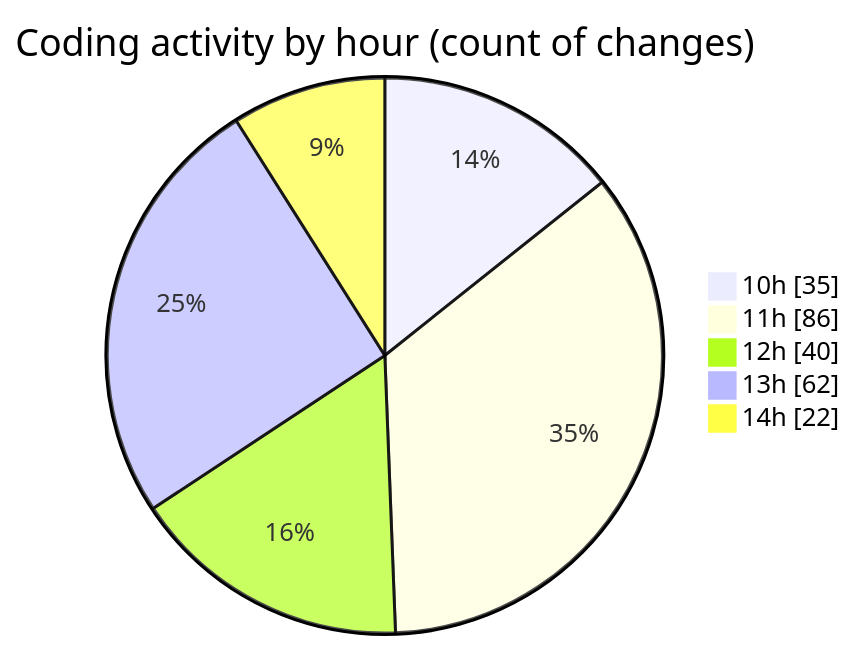
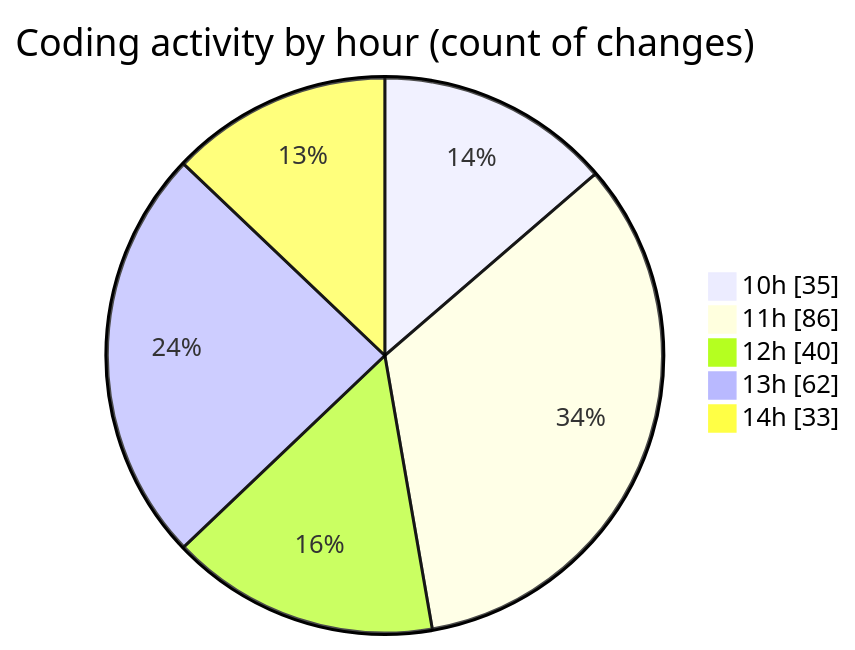
Before and after one commit to momahboobian/code-tracking: the second of 2 diagrams in 2025-03-28/cda/README.md, drawn with Mermaid. The commit also changed other lines of this file and 1 other file, not shown here.

````diff
--- a/2025-03-28/cda/README.md
+++ b/2025-03-28/cda/README.md
@@ -36,9 +36,9 @@
 ```mermaid
 pie showData
 title Coding activity by hour (count of changes)
 "10h" : 35
 "11h" : 86
 "12h" : 40
 "13h" : 62
-"14h" : 22
+"14h" : 33
 ```
````
